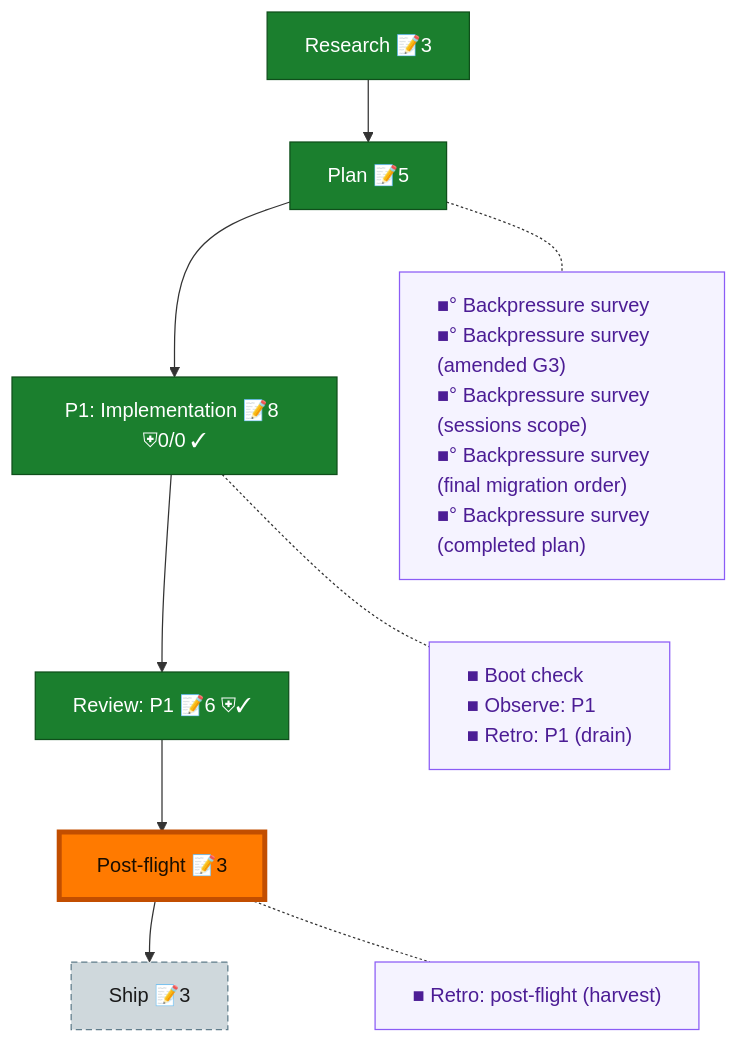
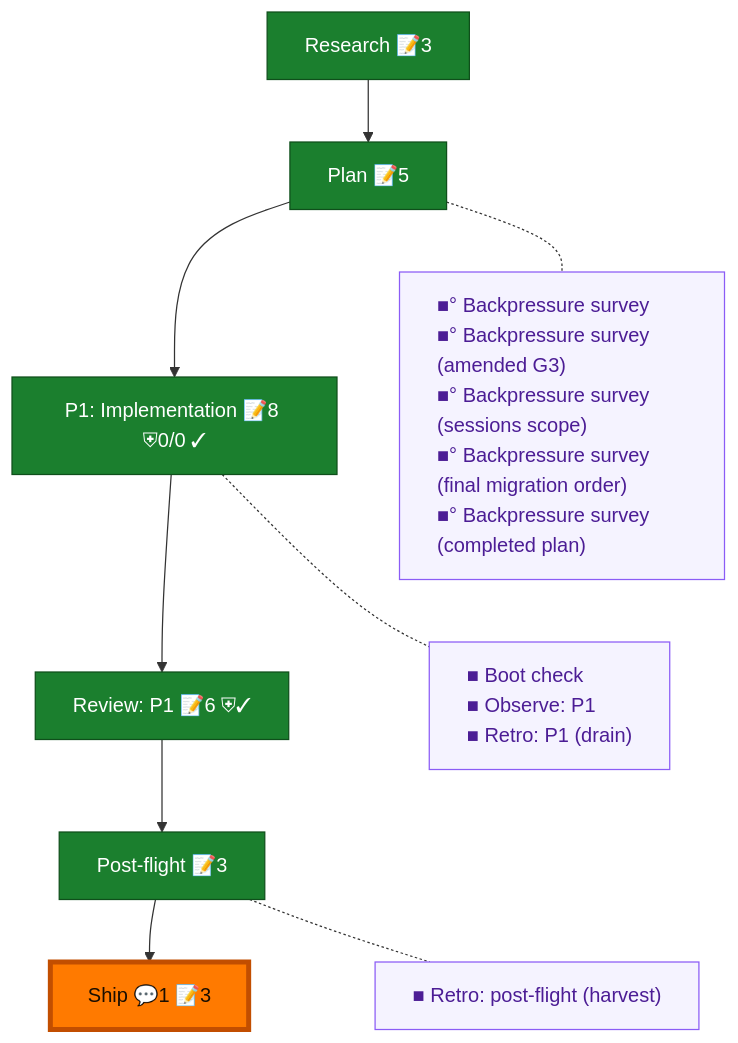
One commit to vaughanknight/pij changed the diagram in docs/plans/archive/128-seat-session-identity/the-flow.md. Above: the diagram before and after it, drawn with Mermaid. The commit also changed other lines of this file and 2 other files, not shown here.

````diff
--- a/docs/plans/archive/128-seat-session-identity/the-flow.md
+++ b/docs/plans/archive/128-seat-session-identity/the-flow.md
@@ -8,29 +8,28 @@
 ```mermaid
 flowchart TD
     research["Research 📝3"]:::done
     plan["Plan 📝5"]:::done
     phase_1["P1: Implementation 📝8 ⛨0/0 ✓"]:::done
     review_1["Review: P1 📝6 ⛨✓"]:::done
     post_flight["Post-flight 📝3"]:::done
-    ship["Ship 📝3"]:::assumed
+    ship["Ship 💬1 📝3"]:::done
 
     research --> plan --> phase_1 --> review_1 --> post_flight --> ship
 
     planC["■° Backpressure survey<br/>■° Backpressure survey (amended G3)<br/>■° Backpressure survey (sessions scope)<br/>■° Backpressure survey (final migration order)<br/>■° Backpressure survey (completed plan)"]:::chore
     phase_1C["■ Boot check<br/>■ Observe: P1<br/>■ Retro: P1 (drain)"]:::chore
     post_flightC["■ Retro: post-flight (harvest)"]:::chore
 
     %% invisible chain holds the gutter boxes in their own column
     planC ~~~ phase_1C ~~~ post_flightC
 
     %% dotted links pull each gutter box beside its node
     plan -.- planC
     phase_1 -.- phase_1C
     post_flight -.- post_flightC
 
     classDef done fill:#1B7F2E,stroke:#0F4F1B,color:#fff;
-    classDef assumed fill:#CFD8DC,stroke:#607D8B,color:#1a1a1a,stroke-dasharray:5 3;
     classDef chore fill:#f5f3ff,stroke:#8b5cf6,color:#4c1d95,text-align:left;
     classDef current fill:#FF7A00,stroke:#C24E00,color:#1a0e00,stroke-width:4px;
-    class post_flight current;
+    class ship current;
 ```
````
